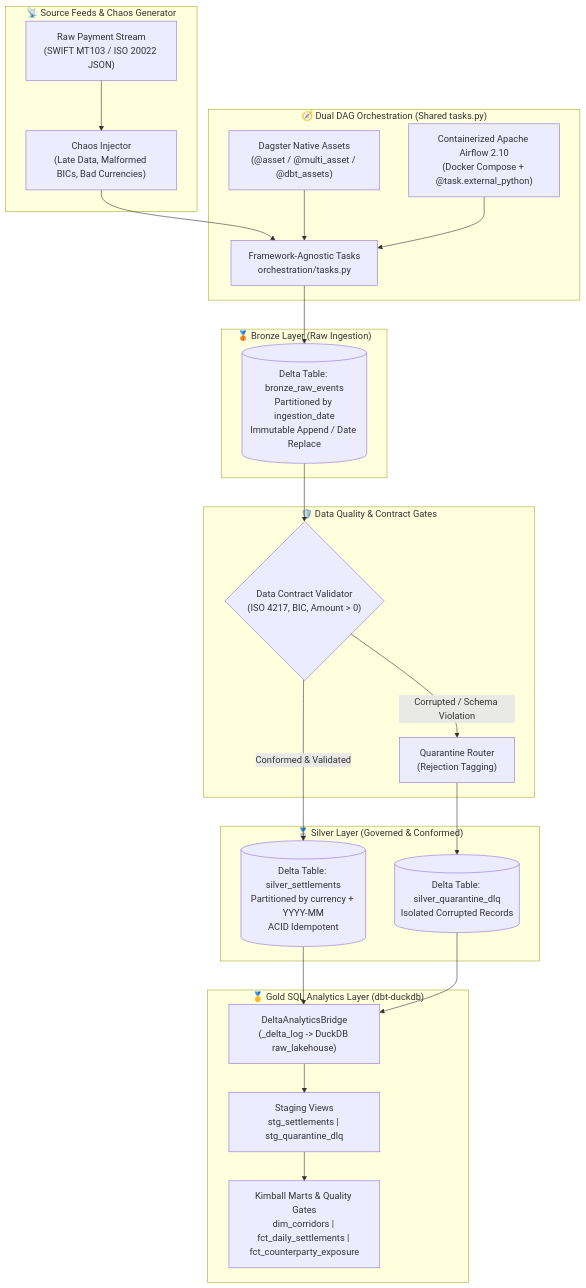
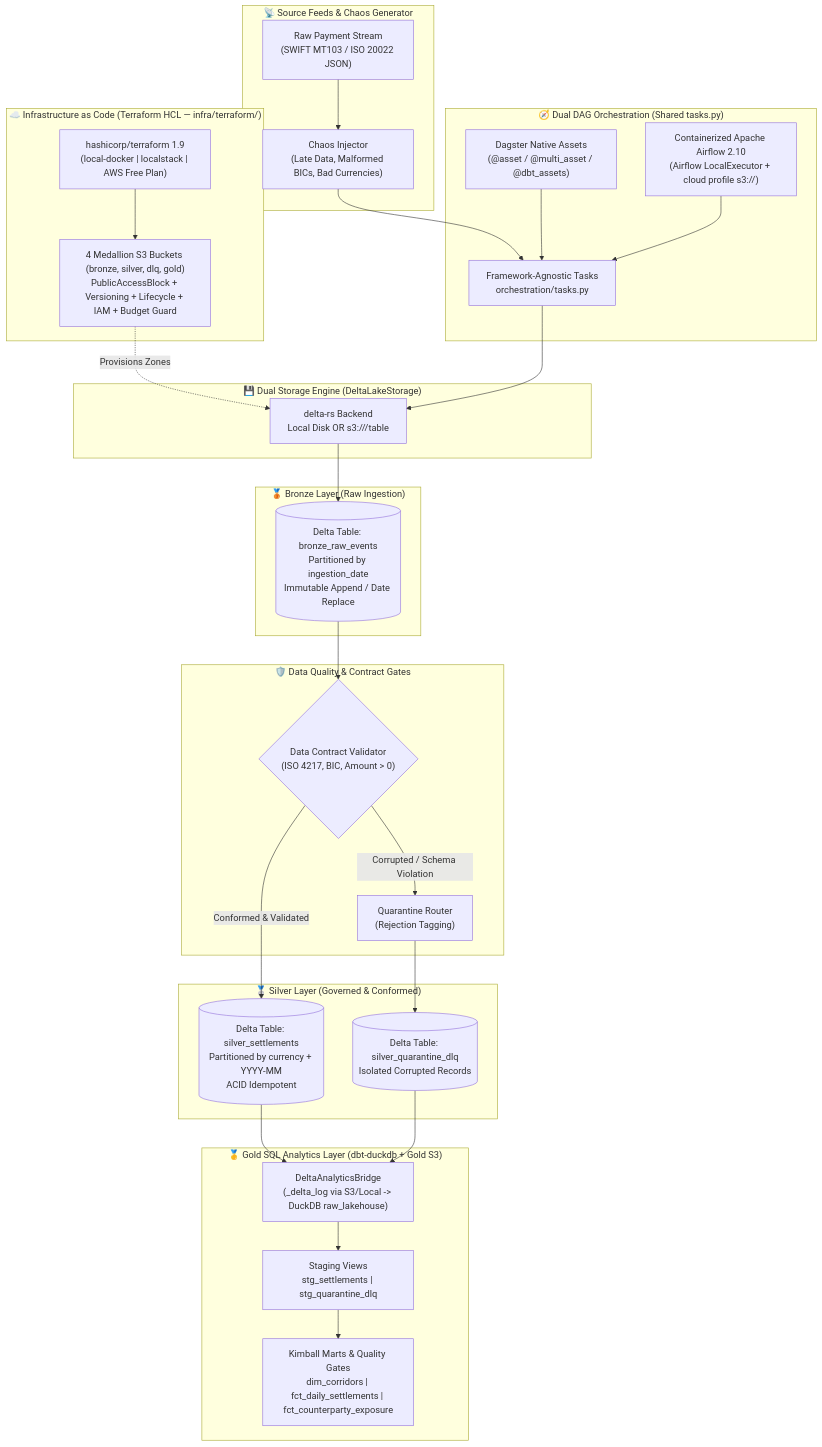
The diagram in README.md (ronaldreighsrsc/delta-settlement-lakehouse), drawn with Mermaid before and after one commit. The commit also changed other lines of this file and 24 other files, not shown here.

Commit message:
feat(cloud): add Terraform S3 IaC, dual S3/local DeltaLakeStorage, and compose cloud profile

````diff
--- a/README.md
+++ b/README.md
@@ -34,41 +37,52 @@
 ```mermaid
 flowchart TD
+    subgraph CloudIaC ["☁️ Infrastructure as Code (Terraform HCL — infra/terraform/)"]
+        Terraform["hashicorp/terraform 1.9\n(local-docker | localstack | AWS Free Plan)"]
+        S3Infra["4 Medallion S3 Buckets (bronze, silver, dlq, gold)\nPublicAccessBlock + Versioning + Lifecycle + IAM + Budget Guard"]
+        Terraform --> S3Infra
+    end
+
     subgraph Ingestion ["📡 Source Feeds & Chaos Generator"]
         RawEvents["Raw Payment Stream\n(SWIFT MT103 / ISO 20022 JSON)"]
         Chaos["Chaos Injector\n(Late Data, Malformed BICs, Bad Currencies)"]
     end
 
     subgraph Orchestration ["🧭 Dual DAG Orchestration (Shared tasks.py)"]
         SharedTasks["Framework-Agnostic Tasks\norchestration/tasks.py"]
         Dagster["Dagster Native Assets\n(@asset / @multi_asset / @dbt_assets)"]
-        Airflow["Containerized Apache Airflow 2.10\n(Docker Compose + @task.external_python)"]
+        Airflow["Containerized Apache Airflow 2.10\n(Airflow LocalExecutor + cloud profile s3://)"]
+    end
+
+    subgraph StorageAbstraction ["💾 Dual Storage Engine (DeltaLakeStorage)"]
+        Storage["delta-rs Backend\nLocal Disk OR s3://<zone-bucket>/table"]
     end
 
     subgraph Bronze ["🥉 Bronze Layer (Raw Ingestion)"]
         BronzeDelta[("Delta Table: bronze_raw_events\nPartitioned by ingestion_date\nImmutable Append / Date Replace")]
     end
 
     subgraph Governance ["🛡️ Data Quality & Contract Gates"]
         ContractGate{"Data Contract Validator\n(ISO 4217, BIC, Amount > 0)"}
         DLQ["Quarantine Router\n(Rejection Tagging)"]
     end
 
     subgraph Silver ["🥈 Silver Layer (Governed & Conformed)"]
         SilverDelta[("Delta Table: silver_settlements\nPartitioned by currency + YYYY-MM\nACID Idempotent")]
         DLQDelta[("Delta Table: silver_quarantine_dlq\nIsolated Corrupted Records")]
     end
 
-    subgraph dbtAnalytics ["🥇 Gold SQL Analytics Layer (dbt-duckdb)"]
-        Bridge["DeltaAnalyticsBridge\n(_delta_log -> DuckDB raw_lakehouse)"]
+    subgraph dbtAnalytics ["🥇 Gold SQL Analytics Layer (dbt-duckdb + Gold S3)"]
+        Bridge["DeltaAnalyticsBridge\n(_delta_log via S3/Local -> DuckDB raw_lakehouse)"]
         Staging["Staging Views\nstg_settlements | stg_quarantine_dlq"]
         Marts["Kimball Marts & Quality Gates\ndim_corridors | fct_daily_settlements | fct_counterparty_exposure"]
     end
 
+    S3Infra -. "Provisions Zones" .-> Storage
     RawEvents --> Chaos --> SharedTasks
     Dagster --> SharedTasks
     Airflow --> SharedTasks
-    SharedTasks --> BronzeDelta --> ContractGate
+    SharedTasks --> Storage --> BronzeDelta --> ContractGate
     ContractGate -- "Corrupted / Schema Violation" --> DLQ --> DLQDelta
     ContractGate -- "Conformed & Validated" --> SilverDelta
     SilverDelta & DLQDelta --> Bridge --> Staging --> Marts
 ```
````
